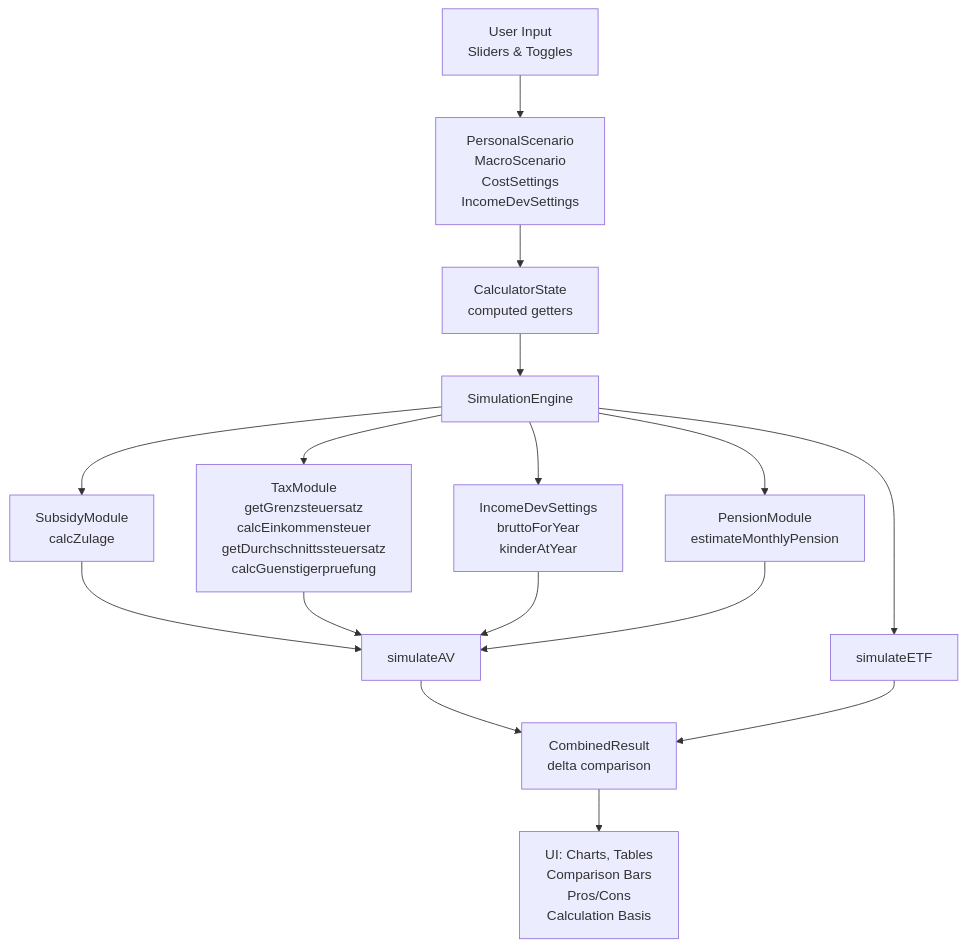
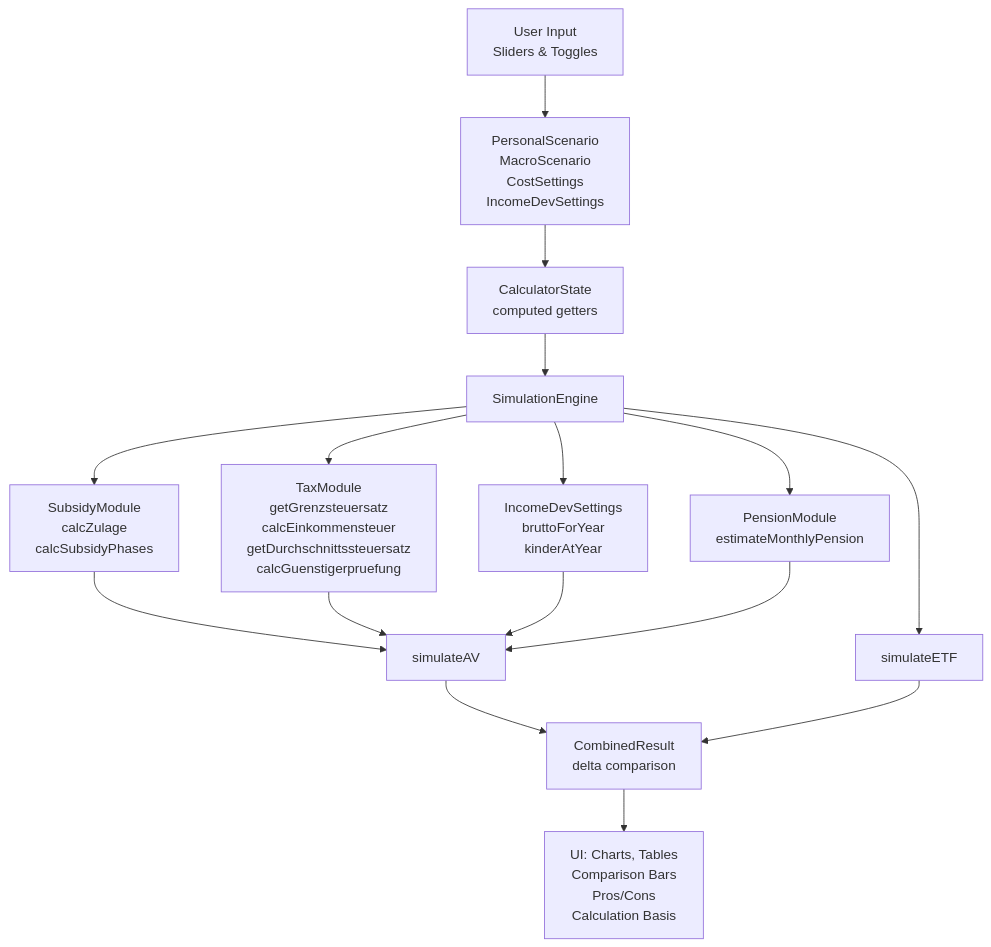
The first of 4 diagrams in docs/CALCULATION_MAP.md (chraig/de_altersvorsorge_depot), drawn with Mermaid before and after one commit. The commit also changed 3 other files, not shown here.

First line of the commit message:
Update docs for subsidy phases, remove 2 dead strings

````diff
--- a/docs/CALCULATION_MAP.md
+++ b/docs/CALCULATION_MAP.md
@@ -7,18 +7,18 @@
 ```mermaid
 flowchart TD
     A[User Input<br/>Sliders & Toggles] --> B[PersonalScenario<br/>MacroScenario<br/>CostSettings<br/>IncomeDevSettings]
     B --> C[CalculatorState<br/>computed getters]
     C --> D[SimulationEngine]
-    D --> E[SubsidyModule<br/>calcZulage]
+    D --> E[SubsidyModule<br/>calcZulage<br/>calcSubsidyPhases]
     D --> F[TaxModule<br/>getGrenzsteuersatz<br/>calcEinkommensteuer<br/>getDurchschnittssteuersatz<br/>calcGuenstigerpruefung]
     D --> G[IncomeDevSettings<br/>bruttoForYear<br/>kinderAtYear]
     D --> H[PensionModule<br/>estimateMonthlyPension]
     E --> I[simulateAV]
     F --> I
     G --> I
     H --> I
     D --> J[simulateETF]
     I --> K[CombinedResult<br/>delta comparison]
     J --> K
     K --> L[UI: Charts, Tables<br/>Comparison Bars<br/>Pros/Cons<br/>Calculation Basis]
 ```
````
